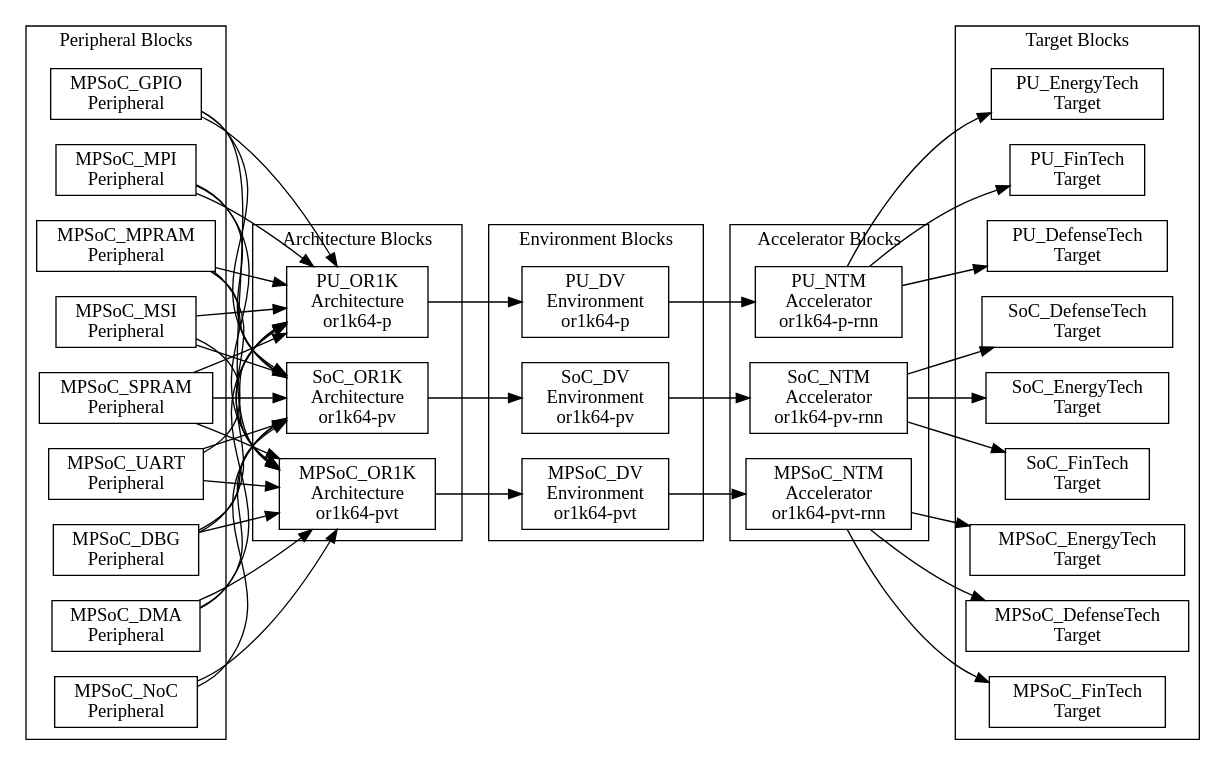
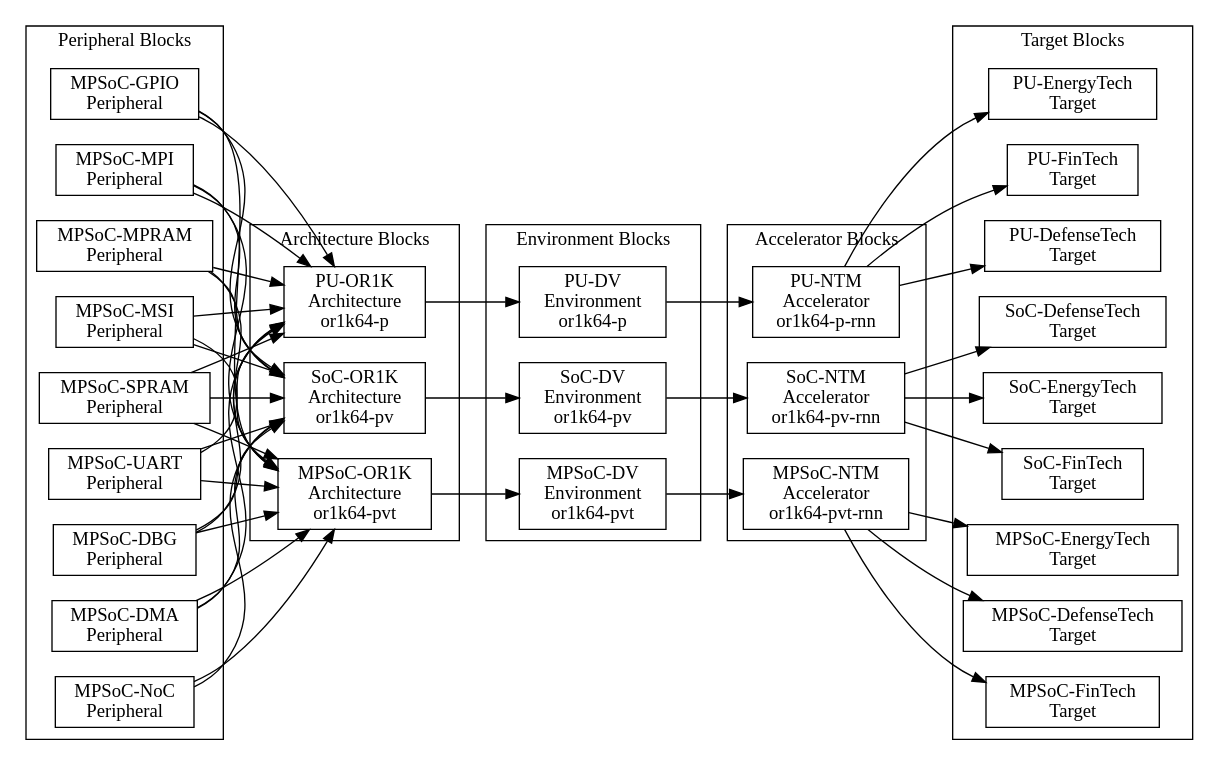
One commit to PacoReinaCampo/MPSoC-NTM changed the diagram in doc/isa/or1k/assets/dependences-global.dot. Above: the diagram before and after it, drawn with Graphviz. The commit also changed 154 other files, not shown here.

Commit message:
Working in MPSoC-NTM 🦀

```diff
--- a/doc/isa/or1k/assets/dependences-global.dot
+++ b/doc/isa/or1k/assets/dependences-global.dot
@@ -1,117 +1,117 @@
 digraph Project {
   // Introduction
   graph [rankdir = LR];
   node[shape=record];
 
   // Peripheral Blocks
   subgraph "cluster PeripheralBlocks" { label = "Peripheral Blocks";
-    MPSoC_DBG[label="MPSoC_DBG\nPeripheral"];
-    MPSoC_DMA[label="MPSoC_DMA\nPeripheral"];
-    MPSoC_GPIO[label="MPSoC_GPIO\nPeripheral"];
-    MPSoC_MPI[label="MPSoC_MPI\nPeripheral"];
-    MPSoC_MPRAM[label="MPSoC_MPRAM\nPeripheral"];
-    MPSoC_MSI[label="MPSoC_MSI\nPeripheral"];
-    MPSoC_NoC[label="MPSoC_NoC\nPeripheral"];
-    MPSoC_SPRAM[label="MPSoC_SPRAM\nPeripheral"];
-    MPSoC_UART[label="MPSoC_UART\nPeripheral"];
+    MPSoC_DBG[label="MPSoC-DBG\nPeripheral"];
+    MPSoC_DMA[label="MPSoC-DMA\nPeripheral"];
+    MPSoC_GPIO[label="MPSoC-GPIO\nPeripheral"];
+    MPSoC_MPI[label="MPSoC-MPI\nPeripheral"];
+    MPSoC_MPRAM[label="MPSoC-MPRAM\nPeripheral"];
+    MPSoC_MSI[label="MPSoC-MSI\nPeripheral"];
+    MPSoC_NoC[label="MPSoC-NoC\nPeripheral"];
+    MPSoC_SPRAM[label="MPSoC-SPRAM\nPeripheral"];
+    MPSoC_UART[label="MPSoC-UART\nPeripheral"];
   }
 
   // Architecture Blocks
   subgraph "cluster ArchitectureBlocks" { label = "Architecture Blocks";
-    MPSoC_OR1K[label="MPSoC_OR1K\nArchitecture\nor1k64-pvt"];
-    SoC_OR1K[label="SoC_OR1K\nArchitecture\nor1k64-pv"];
-    PU_OR1K[label="PU_OR1K\nArchitecture\nor1k64-p"];
+    MPSoC_OR1K[label="MPSoC-OR1K\nArchitecture\nor1k64-pvt"];
+    SoC_OR1K[label="SoC-OR1K\nArchitecture\nor1k64-pv"];
+    PU_OR1K[label="PU-OR1K\nArchitecture\nor1k64-p"];
   }
 
   // Environment Blocks
   subgraph "cluster EnvironmentBlocks" { label = "Environment Blocks";
-    MPSoC_DV[label="MPSoC_DV\nEnvironment\nor1k64-pvt"];
-    SoC_DV[label="SoC_DV\nEnvironment\nor1k64-pv"];
-    PU_DV[label="PU_DV\nEnvironment\nor1k64-p"];
+    MPSoC_DV[label="MPSoC-DV\nEnvironment\nor1k64-pvt"];
+    SoC_DV[label="SoC-DV\nEnvironment\nor1k64-pv"];
+    PU_DV[label="PU-DV\nEnvironment\nor1k64-p"];
   }
 
   // Accelerator Blocks
   subgraph "cluster AcceleratorBlocks" { label = "Accelerator Blocks";
-    MPSoC_NTM[label="MPSoC_NTM\nAccelerator\nor1k64-pvt-rnn"];
-    SoC_NTM[label="SoC_NTM\nAccelerator\nor1k64-pv-rnn"];
-    PU_NTM[label="PU_NTM\nAccelerator\nor1k64-p-rnn"];
+    MPSoC_NTM[label="MPSoC-NTM\nAccelerator\nor1k64-pvt-rnn"];
+    SoC_NTM[label="SoC-NTM\nAccelerator\nor1k64-pv-rnn"];
+    PU_NTM[label="PU-NTM\nAccelerator\nor1k64-p-rnn"];
   }
 
   // Target Blocks
   subgraph "cluster TargetBlocks" { label = "Target Blocks";
-    MPSoC_EnergyTech[label="MPSoC_EnergyTech\nTarget"];
-    SoC_EnergyTech[label="SoC_EnergyTech\nTarget"];
-    PU_EnergyTech[label="PU_EnergyTech\nTarget"];
+    MPSoC_EnergyTech[label="MPSoC-EnergyTech\nTarget"];
+    SoC_EnergyTech[label="SoC-EnergyTech\nTarget"];
+    PU_EnergyTech[label="PU-EnergyTech\nTarget"];
 
-    MPSoC_FinTech[label="MPSoC_FinTech\nTarget"];
-    SoC_FinTech[label="SoC_FinTech\nTarget"];
-    PU_FinTech[label="PU_FinTech\nTarget"];
+    MPSoC_FinTech[label="MPSoC-FinTech\nTarget"];
+    SoC_FinTech[label="SoC-FinTech\nTarget"];
+    PU_FinTech[label="PU-FinTech\nTarget"];
 
-    MPSoC_DefenseTech[label="MPSoC_DefenseTech\nTarget"];
-    SoC_DefenseTech[label="SoC_DefenseTech\nTarget"];
-    PU_DefenseTech[label="PU_DefenseTech\nTarget"];
+    MPSoC_DefenseTech[label="MPSoC-DefenseTech\nTarget"];
+    SoC_DefenseTech[label="SoC-DefenseTech\nTarget"];
+    PU_DefenseTech[label="PU-DefenseTech\nTarget"];
   }
 
   // Peripheral -> Architecture
   MPSoC_DBG -> MPSoC_OR1K;
   MPSoC_DMA -> MPSoC_OR1K;
   MPSoC_GPIO -> MPSoC_OR1K;
   MPSoC_MPI -> MPSoC_OR1K;
   MPSoC_MPRAM -> MPSoC_OR1K;
   MPSoC_MSI -> MPSoC_OR1K;
   MPSoC_NoC -> MPSoC_OR1K;
   MPSoC_SPRAM -> MPSoC_OR1K;
   MPSoC_UART -> MPSoC_OR1K;
 
   MPSoC_DBG -> SoC_OR1K;
   MPSoC_DMA -> SoC_OR1K;
   MPSoC_GPIO -> SoC_OR1K;
   MPSoC_MPI -> SoC_OR1K;
   MPSoC_MPRAM -> SoC_OR1K;
   MPSoC_MSI -> SoC_OR1K;
   MPSoC_NoC -> SoC_OR1K;
   MPSoC_SPRAM -> SoC_OR1K;
   MPSoC_UART -> SoC_OR1K;
 
   MPSoC_DBG -> PU_OR1K;
   MPSoC_DMA -> PU_OR1K;
   MPSoC_GPIO -> PU_OR1K;
   MPSoC_MPI -> PU_OR1K;
   MPSoC_MPRAM -> PU_OR1K;
   MPSoC_MSI -> PU_OR1K;
   MPSoC_SPRAM -> PU_OR1K;
   MPSoC_UART -> PU_OR1K;
 
   // Architecture -> Environment
   PU_OR1K -> PU_DV;
 
   SoC_OR1K -> SoC_DV;
 
   MPSoC_OR1K -> MPSoC_DV;
 
   // Environment -> Accelerator
   PU_DV -> PU_NTM;
 
   SoC_DV -> SoC_NTM;
 
   MPSoC_DV -> MPSoC_NTM;
 
   // Accelerator -> Target
   PU_NTM -> PU_EnergyTech;
 
   SoC_NTM -> SoC_EnergyTech;
 
   MPSoC_NTM -> MPSoC_EnergyTech;
 
   PU_NTM -> PU_FinTech;
 
   SoC_NTM -> SoC_FinTech;
 
   MPSoC_NTM -> MPSoC_FinTech;
 
   PU_NTM -> PU_DefenseTech;
 
   SoC_NTM -> SoC_DefenseTech;
 
   MPSoC_NTM -> MPSoC_DefenseTech;
 }
```
